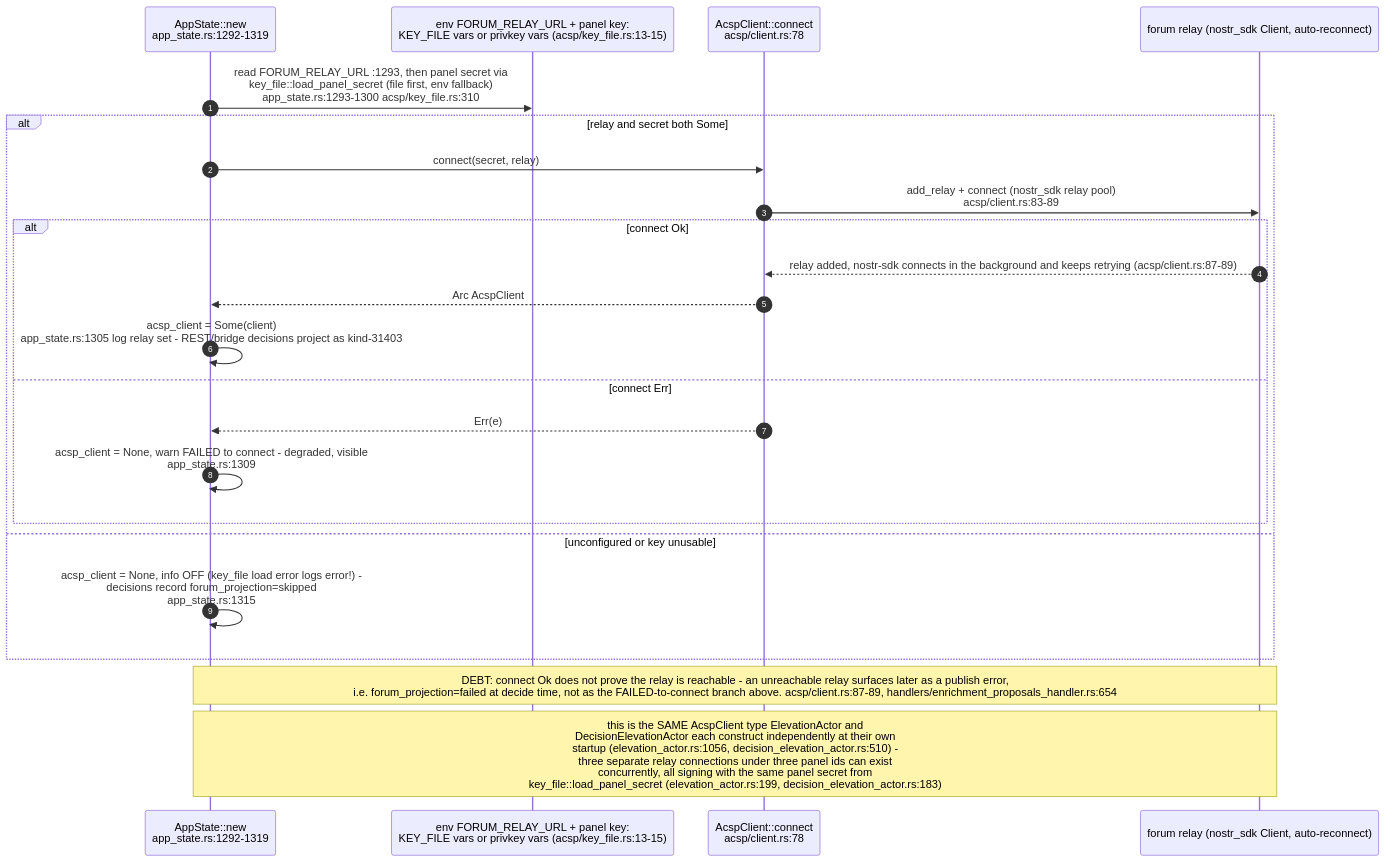
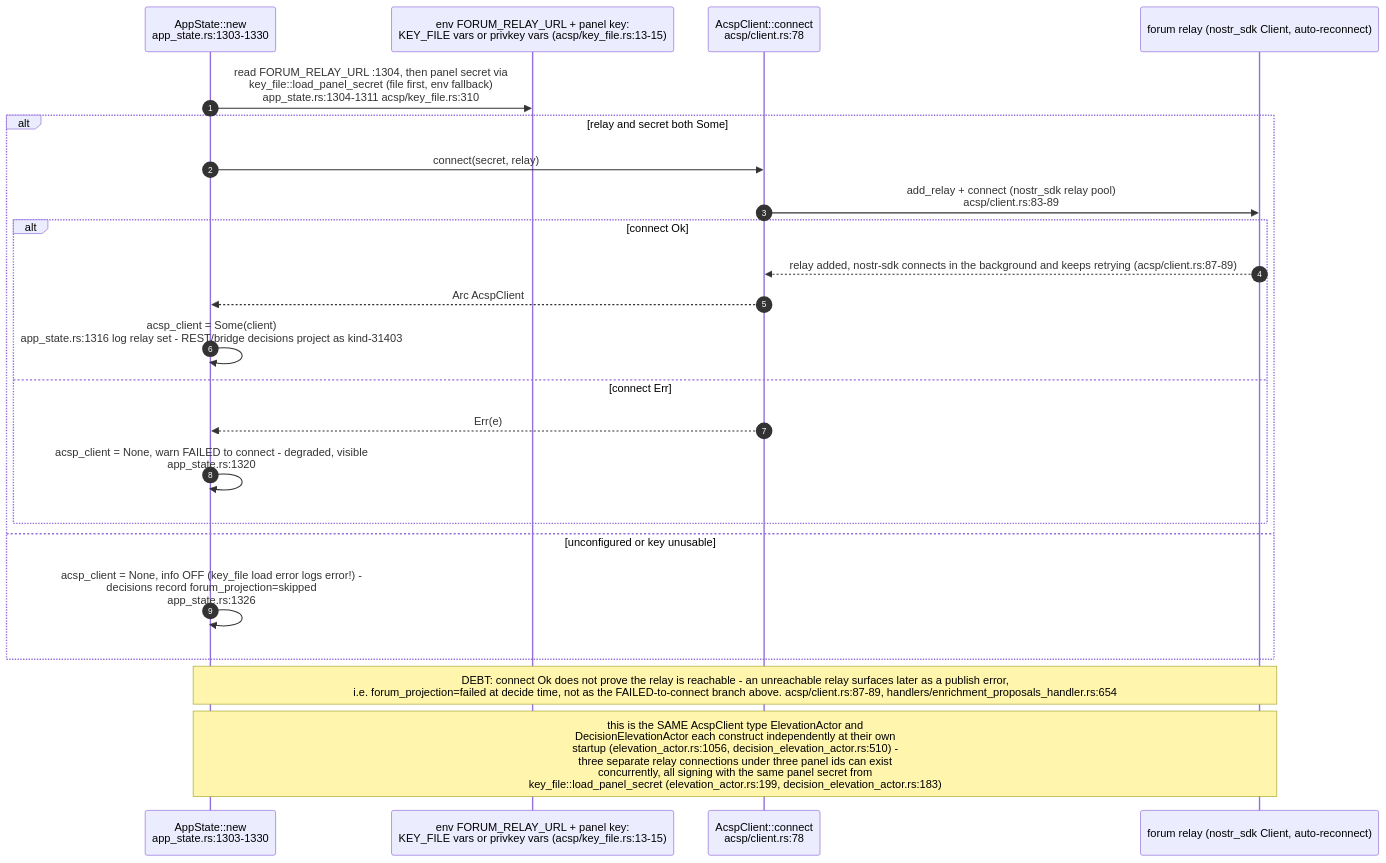
The tenth of 12 diagrams in docs/diagrams/visionclaw/24-acsp-decision-elevation.md (DreamLab-AI/VisionFlow), drawn with Mermaid before and after one commit. The commit also changed other lines of this file and 81 other files, not shown here.

First line of the commit message:
docs(diagrams): roll VisionClaw topics to main 010e1109b (PR 37 and 38 merged); fix remaining prose citations

````diff
--- a/docs/diagrams/visionclaw/24-acsp-decision-elevation.md
+++ b/docs/diagrams/visionclaw/24-acsp-decision-elevation.md
@@ -390,25 +390,25 @@
 ```mermaid
 sequenceDiagram
     autonumber
-    participant BOOT as AppState::new<br/>app_state.rs:1292-1319
+    participant BOOT as AppState::new<br/>app_state.rs:1303-1330
     participant ENV as env FORUM_RELAY_URL + panel key:<br/>KEY_FILE vars or privkey vars (acsp/key_file.rs:13-15)
     participant ACSP as AcspClient::connect<br/>acsp/client.rs:78
     participant RELAY as forum relay (nostr_sdk Client, auto-reconnect)
-    BOOT->>ENV: read FORUM_RELAY_URL :1293, then panel secret via<br/>key_file::load_panel_secret (file first, env fallback)<br/>app_state.rs:1293-1300 acsp/key_file.rs:310
+    BOOT->>ENV: read FORUM_RELAY_URL :1304, then panel secret via<br/>key_file::load_panel_secret (file first, env fallback)<br/>app_state.rs:1304-1311 acsp/key_file.rs:310
     alt relay and secret both Some
         BOOT->>ACSP: connect(secret, relay)
         ACSP->>RELAY: add_relay + connect (nostr_sdk relay pool)<br/>acsp/client.rs:83-89
         alt connect Ok
             RELAY-->>ACSP: relay added, nostr-sdk connects in the background and keeps retrying (acsp/client.rs:87-89)
             ACSP-->>BOOT: Arc AcspClient
-            BOOT->>BOOT: acsp_client = Some(client)<br/>app_state.rs:1305 log relay set - REST/bridge decisions project as kind-31403
+            BOOT->>BOOT: acsp_client = Some(client)<br/>app_state.rs:1316 log relay set - REST/bridge decisions project as kind-31403
         else connect Err
             ACSP-->>BOOT: Err(e)
-            BOOT->>BOOT: acsp_client = None, warn FAILED to connect - degraded, visible<br/>app_state.rs:1309
+            BOOT->>BOOT: acsp_client = None, warn FAILED to connect - degraded, visible<br/>app_state.rs:1320
         end
     else unconfigured or key unusable
-        BOOT->>BOOT: acsp_client = None, info OFF (key_file load error logs error!) -<br/>decisions record forum_projection=skipped<br/>app_state.rs:1315
+        BOOT->>BOOT: acsp_client = None, info OFF (key_file load error logs error!) -<br/>decisions record forum_projection=skipped<br/>app_state.rs:1326
     end
     Note over BOOT,RELAY: DEBT: connect Ok does not prove the relay is reachable - an unreachable relay surfaces later as a publish error,<br/>i.e. forum_projection=failed at decide time, not as the FAILED-to-connect branch above. acsp/client.rs:87-89, handlers/enrichment_proposals_handler.rs:654
     Note over BOOT,RELAY: this is the SAME AcspClient type ElevationActor and<br/>DecisionElevationActor each construct independently at their own<br/>startup (elevation_actor.rs:1056, decision_elevation_actor.rs:510) -<br/>three separate relay connections under three panel ids can exist<br/>concurrently, all signing with the same panel secret from<br/>key_file::load_panel_secret (elevation_actor.rs:199, decision_elevation_actor.rs:183)
 ```
````
